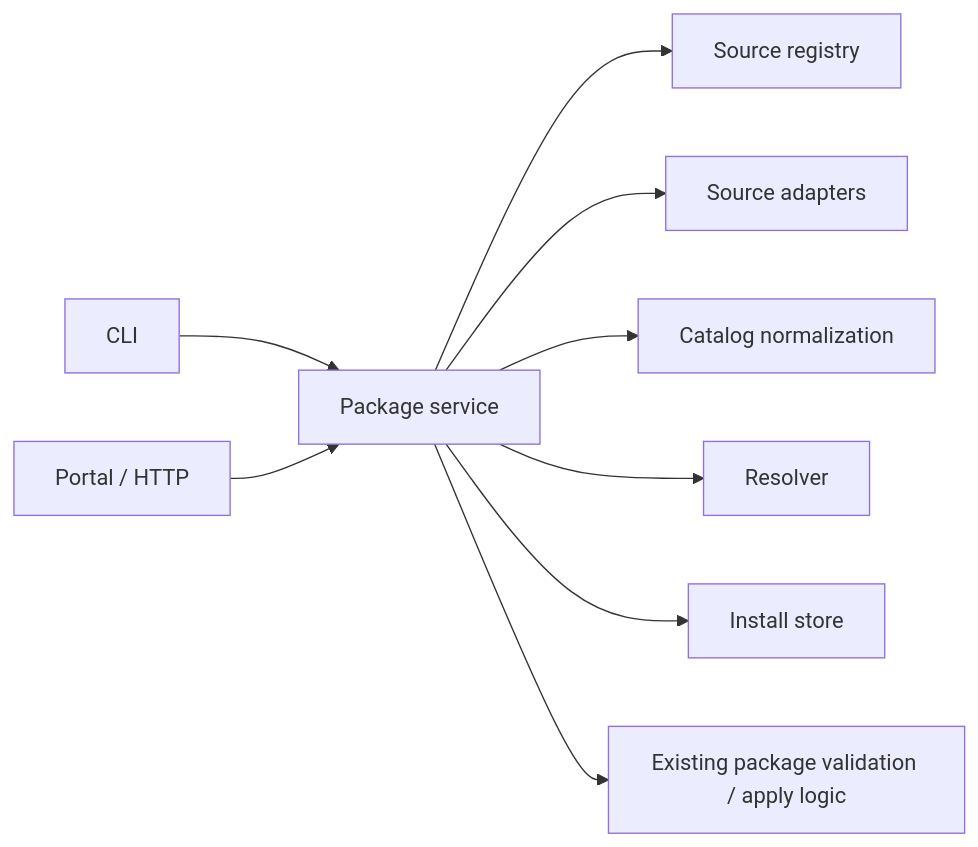
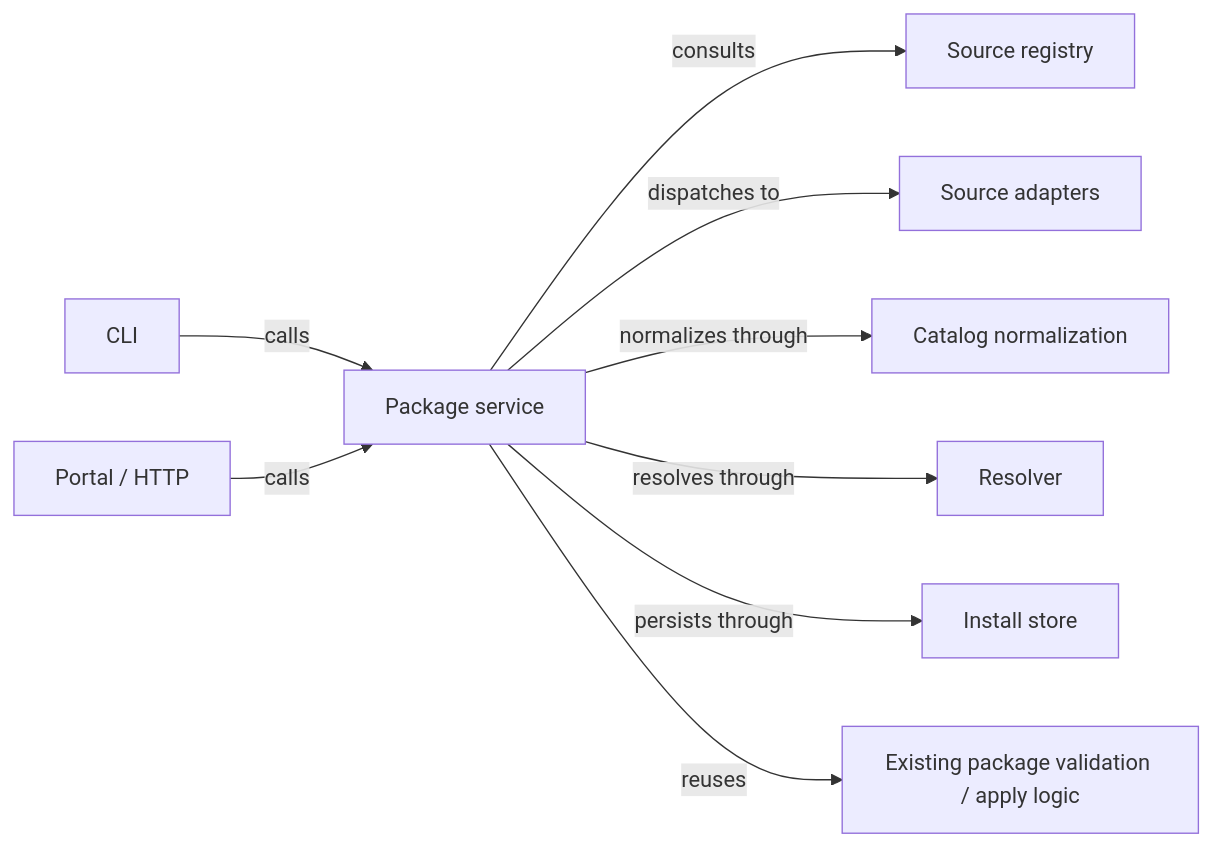
One commit to kirinmurphy/roborepo-alpha changed the third of 5 diagrams in docs/plans/backlog/package-multi-source-distribution.md. Above: the diagram before and after it, drawn with Mermaid. The commit also changed other lines of this file and 52 other files, not shown here.

````diff
--- a/docs/plans/backlog/package-multi-source-distribution.md
+++ b/docs/plans/backlog/package-multi-source-distribution.md
@@ -419,11 +419,11 @@
 ```mermaid
 flowchart LR
-  cli[CLI] --> service[Package service]
-  portal[Portal / HTTP] --> service
-  service --> registry[Source registry]
-  service --> adapters[Source adapters]
-  service --> catalog[Catalog normalization]
-  service --> resolver[Resolver]
-  service --> store[Install store]
-  service --> lifecycle[Existing package validation / apply logic]
+  cli[CLI] -->|calls| service[Package service]
+  portal[Portal / HTTP] -->|calls| service
+  service -->|consults| registry[Source registry]
+  service -->|dispatches to| adapters[Source adapters]
+  service -->|normalizes through| catalog[Catalog normalization]
+  service -->|resolves through| resolver[Resolver]
+  service -->|persists through| store[Install store]
+  service -->|reuses| lifecycle[Existing package validation / apply logic]
 ```
````
